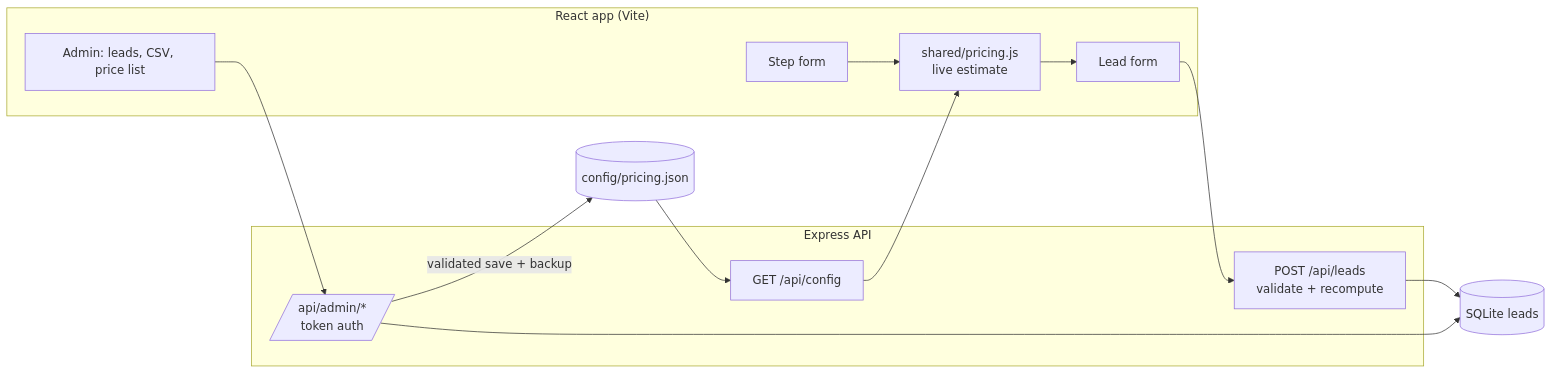
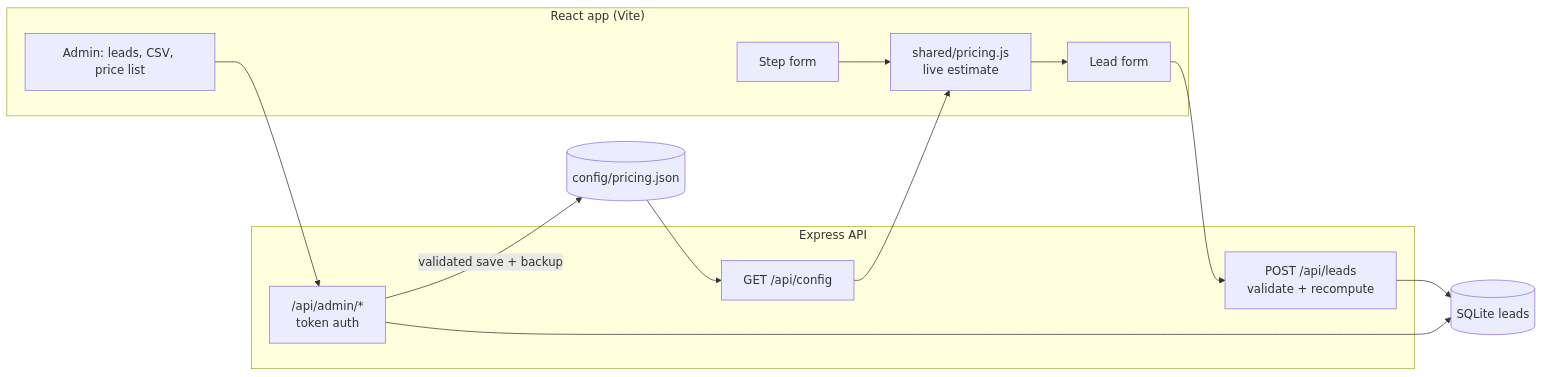
One commit to amartya1523/carepal-care-plan-estimator changed the diagram in README.md. Above: the diagram before and after it, drawn with Mermaid.

Commit message:
Quote mermaid labels so GitHub renders the diagram

````diff
--- a/README.md
+++ b/README.md
@@ -88,19 +88,19 @@
 ```mermaid
 flowchart LR
   subgraph Browser["React app (Vite)"]
-    F[Step form] --> E[shared/pricing.js<br/>live estimate]
+    F[Step form] --> E["shared/pricing.js<br/>live estimate"]
     E --> L[Lead form]
-    A[Admin: leads, CSV, price list]
+    A["Admin: leads, CSV, price list"]
   end
   subgraph API["Express API"]
-    C[GET /api/config]
-    P[POST /api/leads<br/>validate + recompute]
-    AD[/api/admin/*<br/>token auth/]
+    C["GET /api/config"]
+    P["POST /api/leads<br/>validate + recompute"]
+    AD["/api/admin/*<br/>token auth"]
   end
   J[(config/pricing.json)]
   DB[(SQLite leads)]
   J --> C --> E
   L --> P --> DB
   A --> AD --> DB
   AD -- validated save + backup --> J
 ```
````
